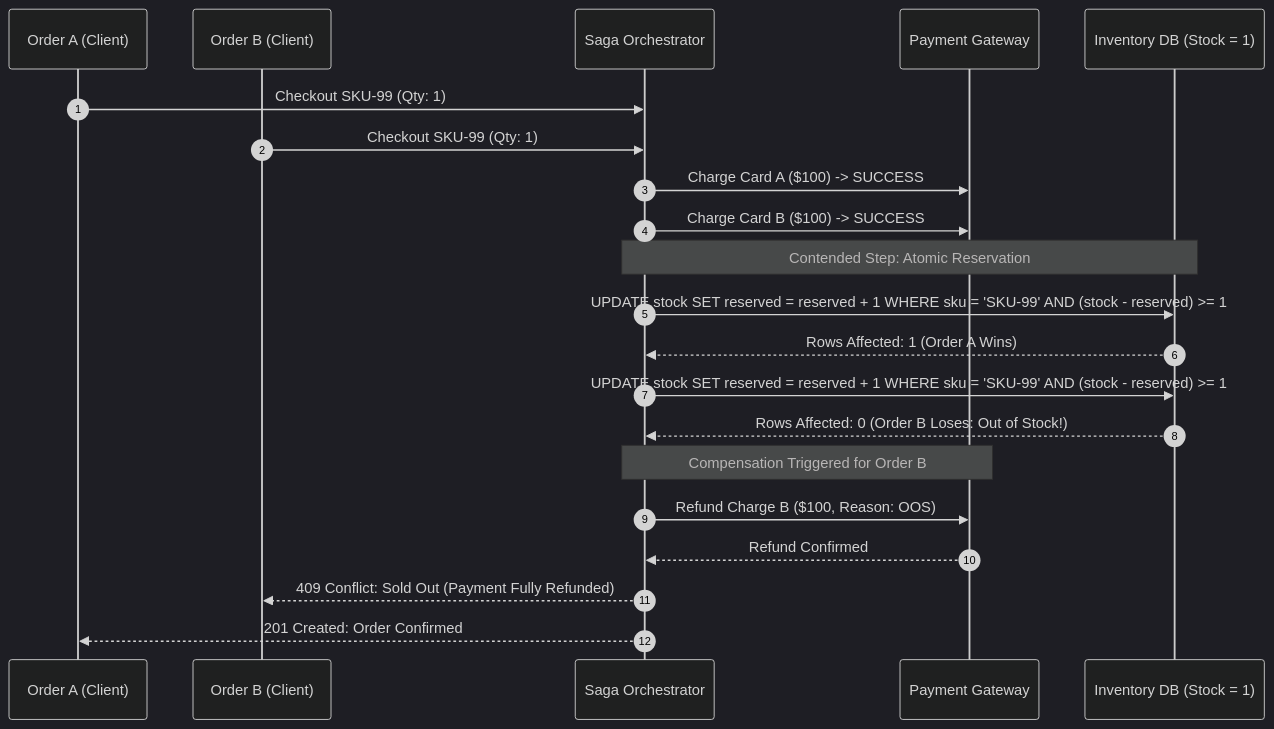
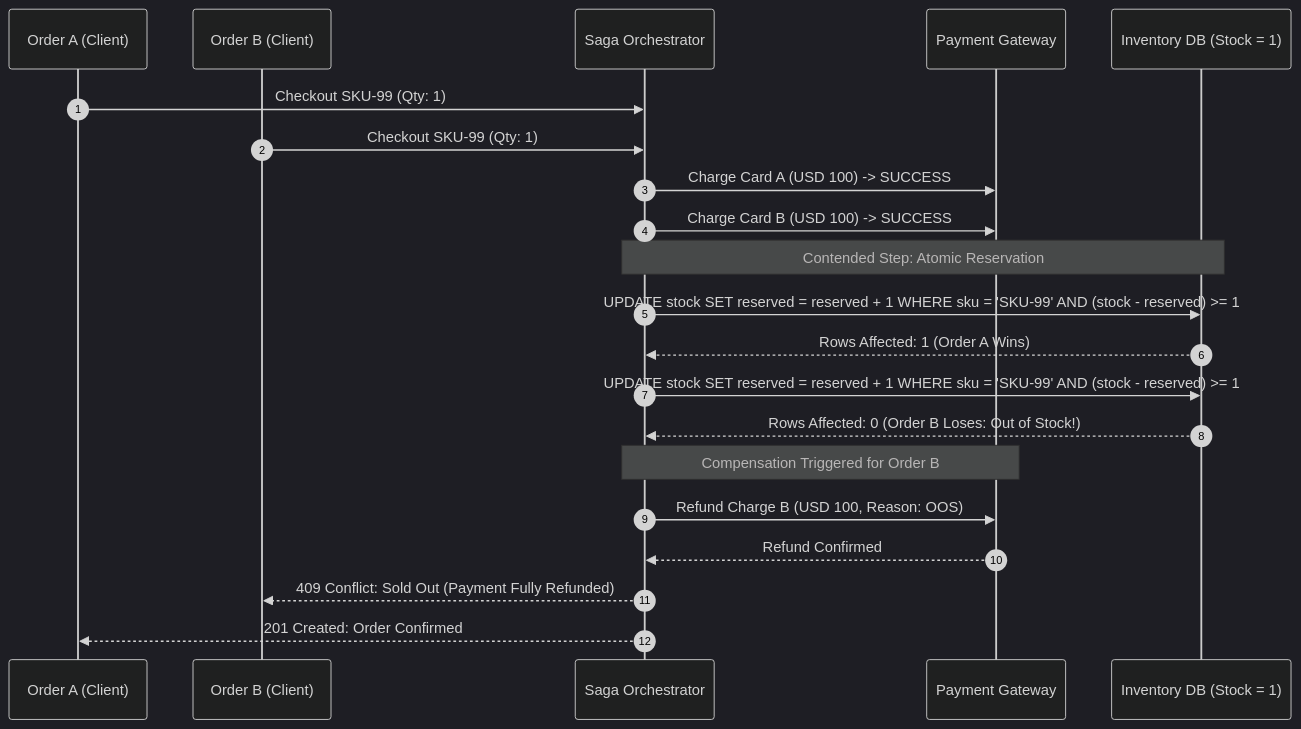
One commit to TapanKumarBarik/Backend-roadmap changed the third of 4 diagrams in content/backend/10-distributed-systems-patterns/09-capstone-project/README.md. Above: the diagram before and after it, drawn with Mermaid (dark theme). The commit also changed other lines of this file and 3 other files, not shown here.

````diff
--- a/content/backend/10-distributed-systems-patterns/09-capstone-project/README.md
+++ b/content/backend/10-distributed-systems-patterns/09-capstone-project/README.md
@@ -80,28 +84,28 @@
 ```mermaid
 sequenceDiagram
     autonumber
     participant OrderA as Order A (Client)
     participant OrderB as Order B (Client)
     participant Orchestrator as Saga Orchestrator
     participant Payment as Payment Gateway
     participant Inventory as Inventory DB (Stock = 1)
 
     OrderA->>Orchestrator: Checkout SKU-99 (Qty: 1)
     OrderB->>Orchestrator: Checkout SKU-99 (Qty: 1)
-    
-    Orchestrator->>Payment: Charge Card A ($100) -> SUCCESS
-    Orchestrator->>Payment: Charge Card B ($100) -> SUCCESS
-    
+
+    Orchestrator->>Payment: Charge Card A (USD 100) -> SUCCESS
+    Orchestrator->>Payment: Charge Card B (USD 100) -> SUCCESS
+
     Note over Orchestrator,Inventory: Contended Step: Atomic Reservation
     Orchestrator->>Inventory: UPDATE stock SET reserved = reserved + 1 WHERE sku = 'SKU-99' AND (stock - reserved) >= 1
     Inventory-->>Orchestrator: Rows Affected: 1 (Order A Wins)
-    
+
     Orchestrator->>Inventory: UPDATE stock SET reserved = reserved + 1 WHERE sku = 'SKU-99' AND (stock - reserved) >= 1
     Inventory-->>Orchestrator: Rows Affected: 0 (Order B Loses: Out of Stock!)
-    
+
     Note over Orchestrator,Payment: Compensation Triggered for Order B
-    Orchestrator->>Payment: Refund Charge B ($100, Reason: OOS)
+    Orchestrator->>Payment: Refund Charge B (USD 100, Reason: OOS)
     Payment-->>Orchestrator: Refund Confirmed
     Orchestrator-->>OrderB: 409 Conflict: Sold Out (Payment Fully Refunded)
     Orchestrator-->>OrderA: 201 Created: Order Confirmed
 ```
````
